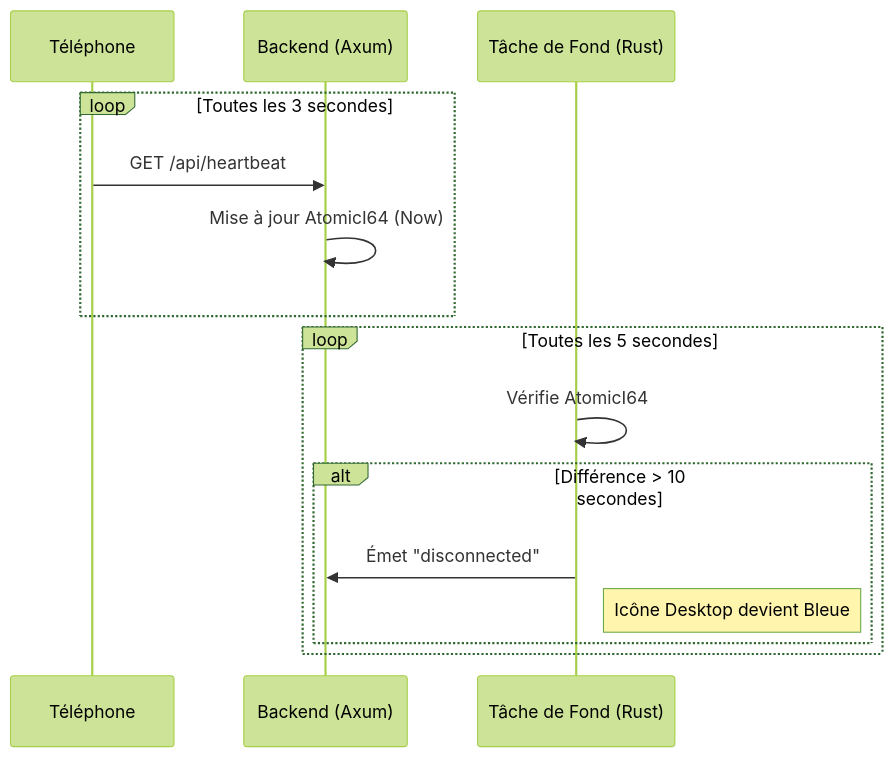
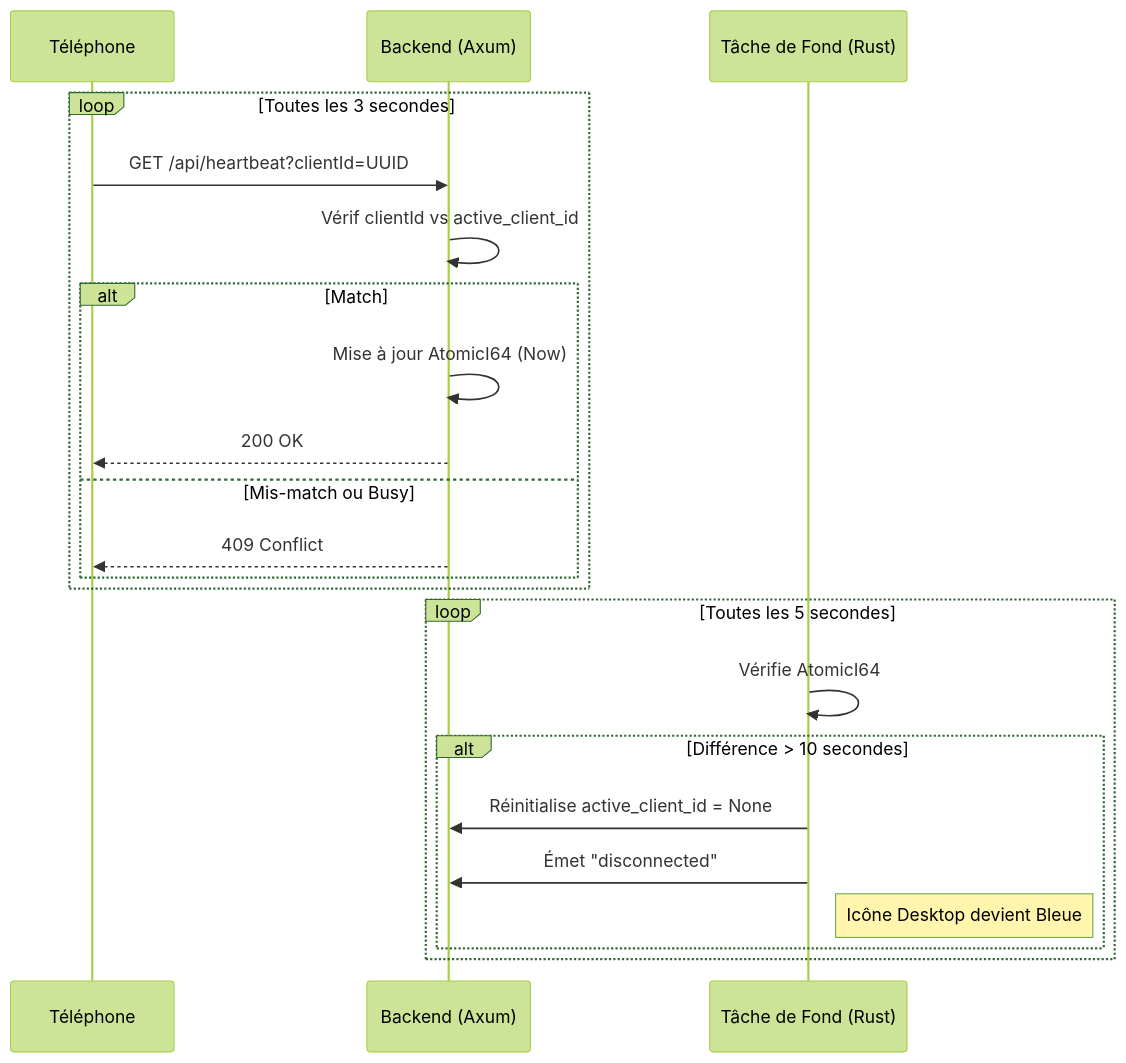
The second of 2 diagrams in documentation/remote_interface/FLUX_LOGIQUES.md (JMBaubet/VisuGPS), drawn with Mermaid (forest theme) before and after one commit. The commit also changed other lines of this file and 7 other files, not shown here.

````diff
--- a/documentation/remote_interface/FLUX_LOGIQUES.md
+++ b/documentation/remote_interface/FLUX_LOGIQUES.md
@@ -53,19 +58,26 @@
 ```mermaid
 sequenceDiagram
     participant Mobile as Téléphone
     participant Backend as Backend (Axum)
     participant Monitor as Tâche de Fond (Rust)
 
     loop Toutes les 3 secondes
-        Mobile->>Backend: GET /api/heartbeat
-        Backend->>Backend: Mise à jour AtomicI64 (Now)
+        Mobile->>Backend: GET /api/heartbeat?clientId=UUID
+        Backend->>Backend: Vérif clientId vs active_client_id
+        alt Match
+            Backend->>Backend: Mise à jour AtomicI64 (Now)
+            Backend-->>Mobile: 200 OK
+        else Mis-match ou Busy
+            Backend-->>Mobile: 409 Conflict
+        end
     end
 
     loop Toutes les 5 secondes
         Monitor->>Monitor: Vérifie AtomicI64
         alt Différence > 10 secondes
+            Monitor->>Backend: Réinitialise active_client_id = None
             Monitor->>Backend: Émet "disconnected"
             Note right of Monitor: Icône Desktop devient Bleue
         end
     end
 ```
````
